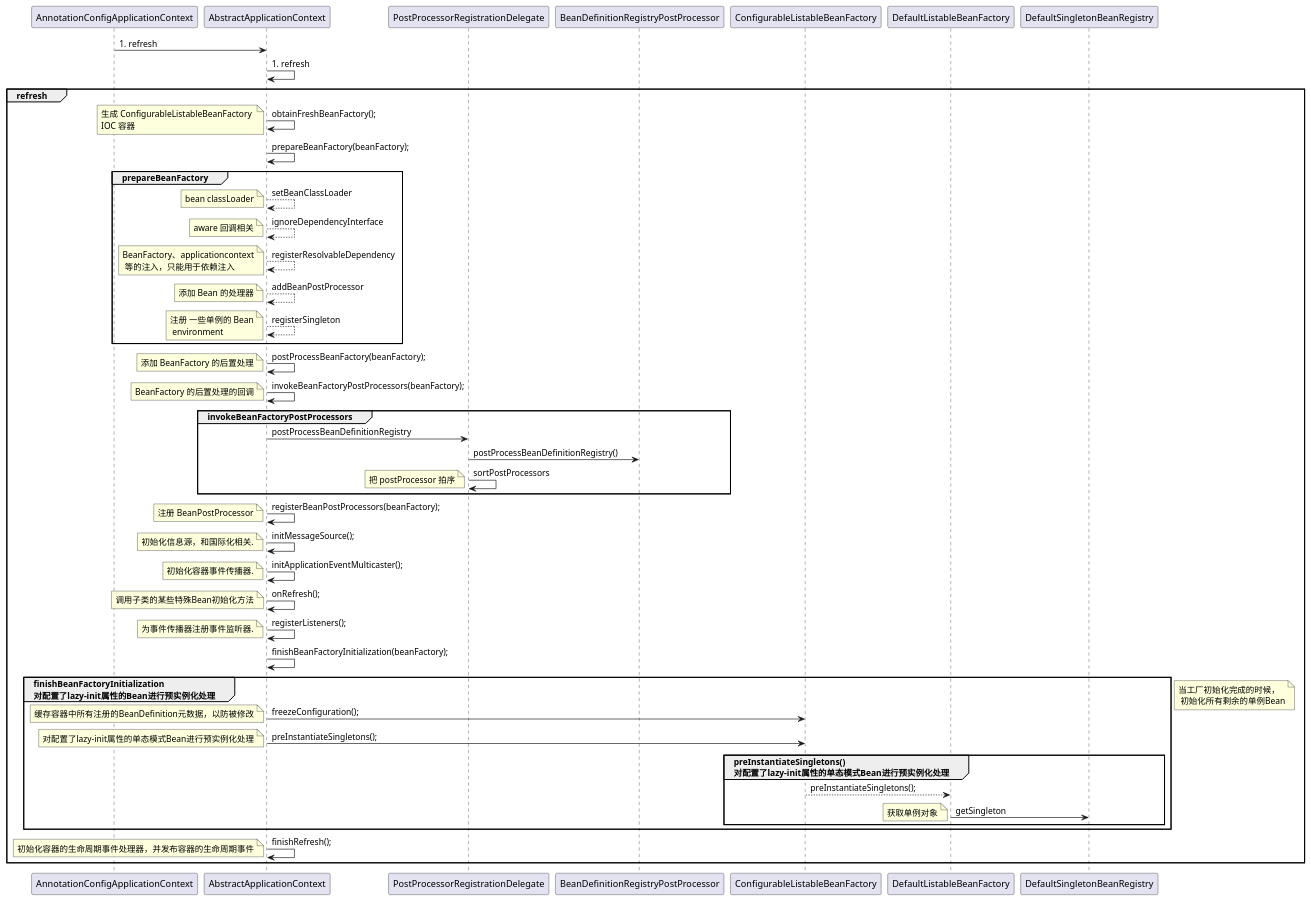
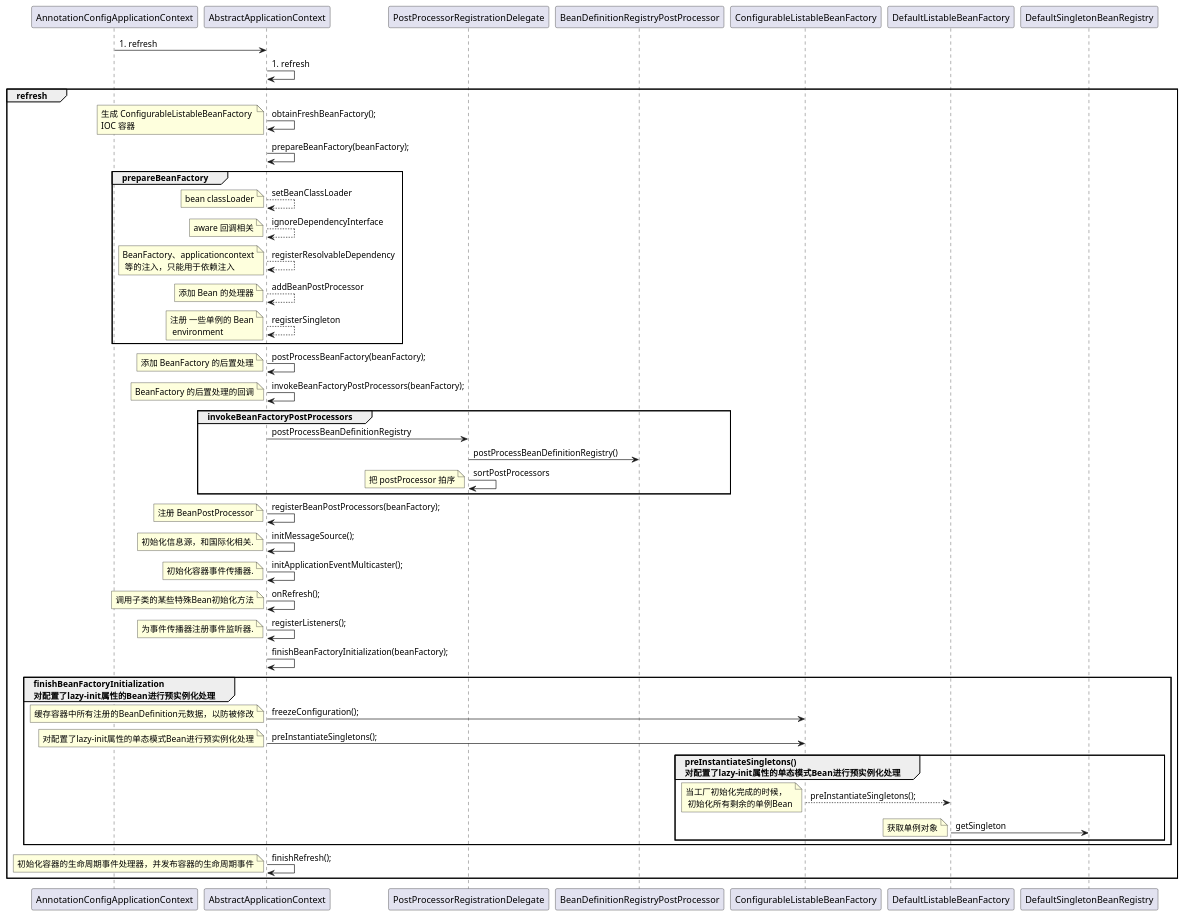
Before and after one commit to YuenTsheh/YuenTsheh.github.io: the diagram in puml/AbstractApplicationContext_refresh.puml, drawn with PlantUML. The commit also changed 3 other files, not shown here.

```diff
--- a/puml/AbstractApplicationContext_refresh.puml
+++ b/puml/AbstractApplicationContext_refresh.puml
@@ -1,71 +1,73 @@
 @startuml
 
 
 AnnotationConfigApplicationContext -> AbstractApplicationContext: #refresh
 AbstractApplicationContext -> AbstractApplicationContext: #refresh
 group refresh
 AbstractApplicationContext -> AbstractApplicationContext: obtainFreshBeanFactory();
 note left: 生成 ConfigurableListableBeanFactory \nIOC 容器
 AbstractApplicationContext -> AbstractApplicationContext: prepareBeanFactory(beanFactory);
 group prepareBeanFactory
 AbstractApplicationContext --> AbstractApplicationContext: setBeanClassLoader
 note left: bean classLoader
 AbstractApplicationContext --> AbstractApplicationContext: ignoreDependencyInterface
 note left: aware 回调相关
 AbstractApplicationContext --> AbstractApplicationContext: registerResolvableDependency
 note left: BeanFactory、applicationcontext\n 等的注入，只能用于依赖注入
 AbstractApplicationContext --> AbstractApplicationContext: addBeanPostProcessor
 note left: 添加 Bean 的处理器
 AbstractApplicationContext --> AbstractApplicationContext: registerSingleton
 note left: 注册 一些单例的 Bean\n environment
 end
 
 AbstractApplicationContext -> AbstractApplicationContext: postProcessBeanFactory(beanFactory);
 note left: 添加 BeanFactory 的后置处理
 AbstractApplicationContext -> AbstractApplicationContext: invokeBeanFactoryPostProcessors(beanFactory);
 note left: BeanFactory 的后置处理的回调
 
 group invokeBeanFactoryPostProcessors
 AbstractApplicationContext -> PostProcessorRegistrationDelegate: postProcessBeanDefinitionRegistry
 PostProcessorRegistrationDelegate -> BeanDefinitionRegistryPostProcessor :postProcessBeanDefinitionRegistry()
 
 PostProcessorRegistrationDelegate -> PostProcessorRegistrationDelegate : sortPostProcessors
 note left: 把 postProcessor 拍序
 
 
 end
 
 
 AbstractApplicationContext -> AbstractApplicationContext: registerBeanPostProcessors(beanFactory);
 note left: 注册 BeanPostProcessor
 AbstractApplicationContext -> AbstractApplicationContext: initMessageSource();
 note left: 初始化信息源，和国际化相关.
 AbstractApplicationContext -> AbstractApplicationContext: initApplicationEventMulticaster();
 note left: 初始化容器事件传播器.
 AbstractApplicationContext -> AbstractApplicationContext: onRefresh();
 note left: 调用子类的某些特殊Bean初始化方法
 AbstractApplicationContext -> AbstractApplicationContext: registerListeners();
 note left: 为事件传播器注册事件监听器.
 AbstractApplicationContext -> AbstractApplicationContext: finishBeanFactoryInitialization(beanFactory);
 
 group finishBeanFactoryInitialization \n对配置了lazy-init属性的Bean进行预实例化处理
 AbstractApplicationContext -> ConfigurableListableBeanFactory: freezeConfiguration();
 note left: 缓存容器中所有注册的BeanDefinition元数据，以防被修改
 AbstractApplicationContext ->  ConfigurableListableBeanFactory : preInstantiateSingletons();
 note left: 对配置了lazy-init属性的单态模式Bean进行预实例化处理
 
 group preInstantiateSingletons()  \n对配置了lazy-init属性的单态模式Bean进行预实例化处理
 ConfigurableListableBeanFactory --> DefaultListableBeanFactory: preInstantiateSingletons();
+note left: 当工厂初始化完成的时候，\n 初始化所有剩余的单例Bean
 DefaultListableBeanFactory -> DefaultSingletonBeanRegistry: getSingleton
 note left: 获取单例对象
 
 end
 
 end
 
-note left: 当工厂初始化完成的时候，\n 初始化所有剩余的单例Bean
+
+
 AbstractApplicationContext -> AbstractApplicationContext: finishRefresh();
 note left: 初始化容器的生命周期事件处理器，并发布容器的生命周期事件
 end
 
 @enduml
```
